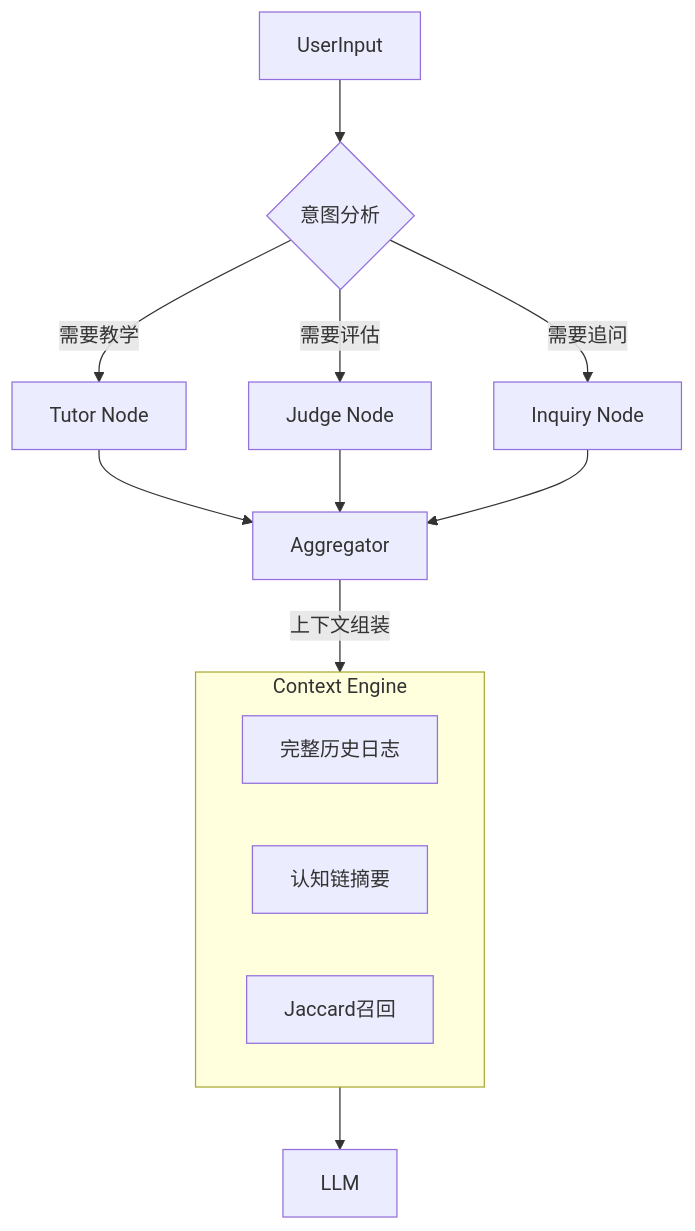
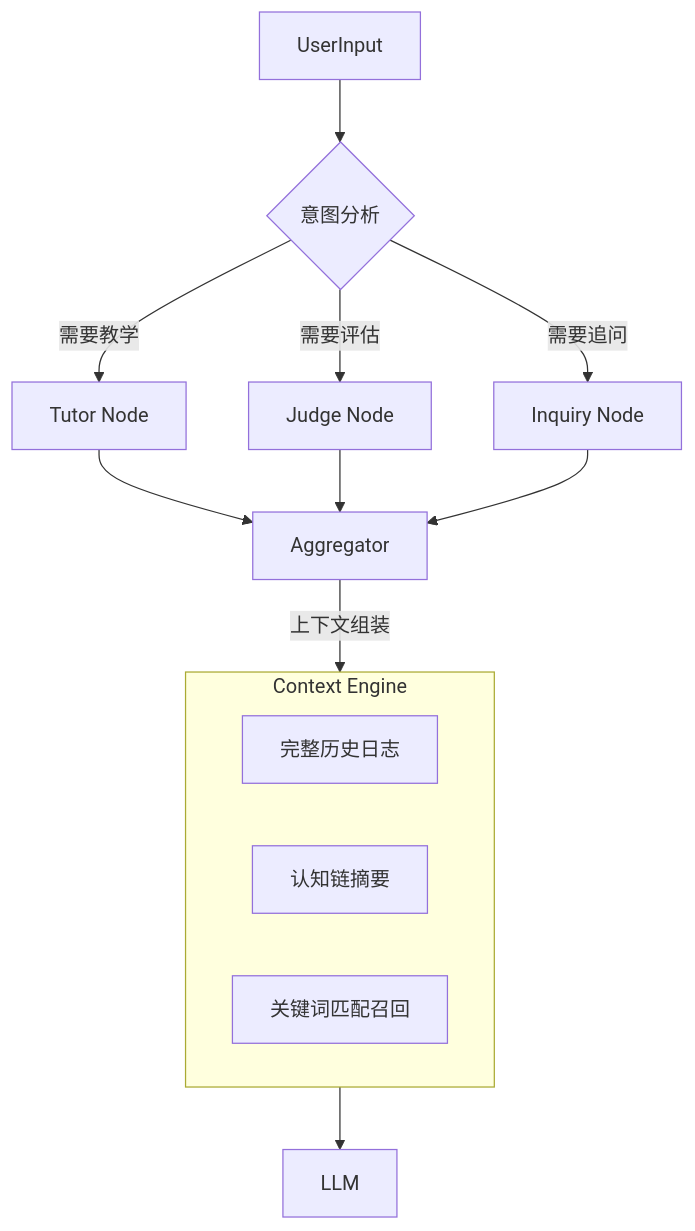
One commit to DjTaNg-404/ChatTutor changed the diagram in README.md. Above: the diagram before and after it, drawn with Mermaid. The commit also changed other lines of this file, not shown here.

````diff
--- a/README.md
+++ b/README.md
@@ -43,21 +72,21 @@
 ```mermaid
 graph TD
     UserInput --> Analyzer{意图分析}
     
     Analyzer -->|需要教学| Tutor[Tutor Node]
     Analyzer -->|需要评估| Judge[Judge Node]
     Analyzer -->|需要追问| Inquiry[Inquiry Node]
     
     Tutor --> Aggregator
     Judge --> Aggregator
     Inquiry --> Aggregator
     
     subgraph MemorySystem [Context Engine]
         RawLogs[完整历史日志]
         Summary[认知链摘要]
-        Recall[Jaccard召回]
+        Recall[关键词匹配召回]
     end
     
     Aggregator -->|上下文组装| MemorySystem
     MemorySystem --> LLM
 ```
````
